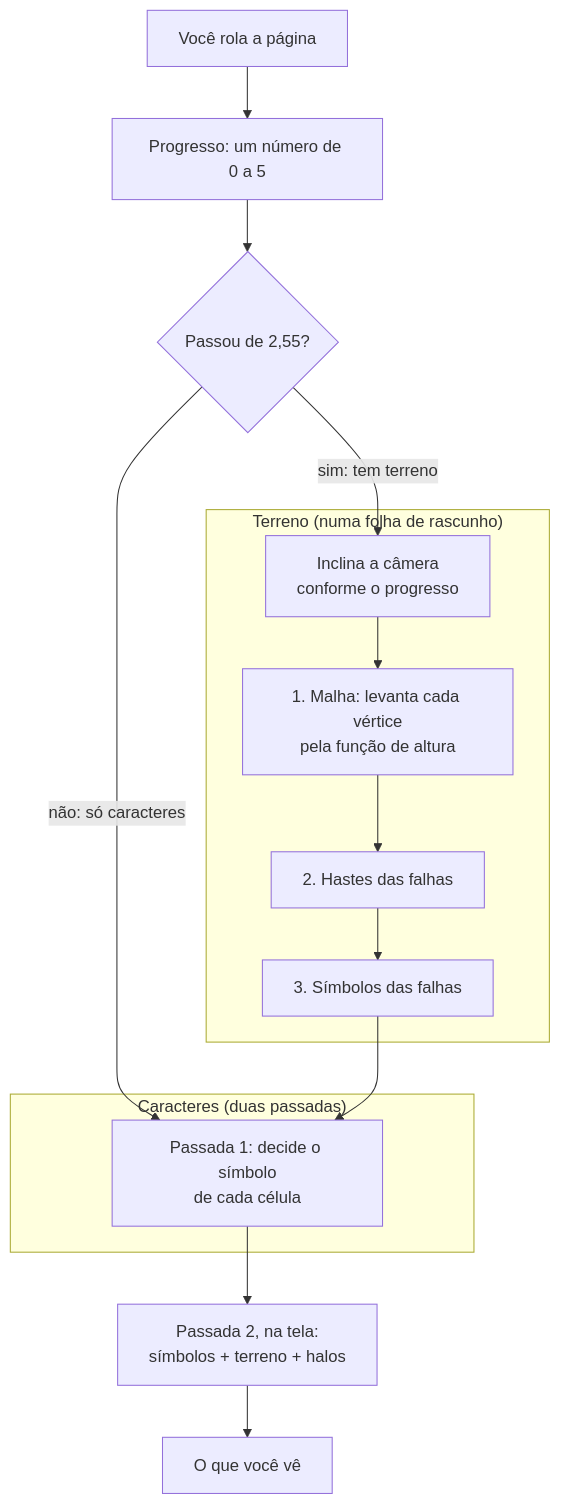
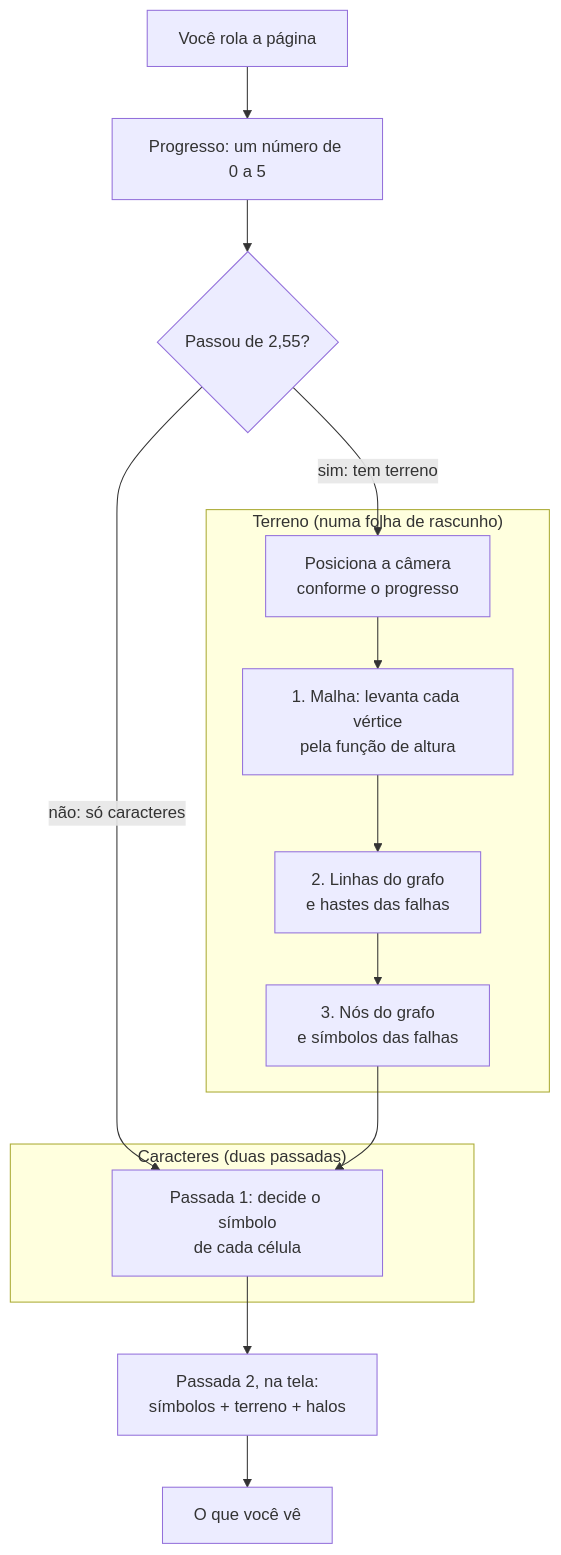
Before and after one commit to guimunizzz/Vulnera-TCC: the diagram in docs/COMO_FUNCIONA_O_FUNDO.md, drawn with Mermaid. The commit also changed other lines of this file and 60 other files, not shown here.

````diff
--- a/docs/COMO_FUNCIONA_O_FUNDO.md
+++ b/docs/COMO_FUNCIONA_O_FUNDO.md
@@ -168,21 +190,21 @@
 ```mermaid
 flowchart TD
   Scroll["Você rola a página"] --> P["Progresso: um número de 0 a 5"]
   P --> Dec{"Passou de 2,55?"}
   Dec -- "não: só caracteres" --> C1
   Dec -- "sim: tem terreno" --> T0
 
   subgraph Terreno["Terreno (numa folha de rascunho)"]
-    T0["Inclina a câmera<br/>conforme o progresso"] --> T1["1. Malha: levanta cada vértice<br/>pela função de altura"]
-    T1 --> T2["2. Hastes das falhas"]
-    T2 --> T3["3. Símbolos das falhas"]
+    T0["Posiciona a câmera<br/>conforme o progresso"] --> T1["1. Malha: levanta cada vértice<br/>pela função de altura"]
+    T1 --> T2["2. Linhas do grafo<br/>e hastes das falhas"]
+    T2 --> T3["3. Nós do grafo<br/>e símbolos das falhas"]
   end
 
   subgraph Letras["Caracteres (duas passadas)"]
     C1["Passada 1: decide o símbolo<br/>de cada célula"]
   end
 
   T3 --> C1
   C1 --> F["Passada 2, na tela:<br/>símbolos + terreno + halos"]
   F --> Tela["O que você vê"]
 ```
````
